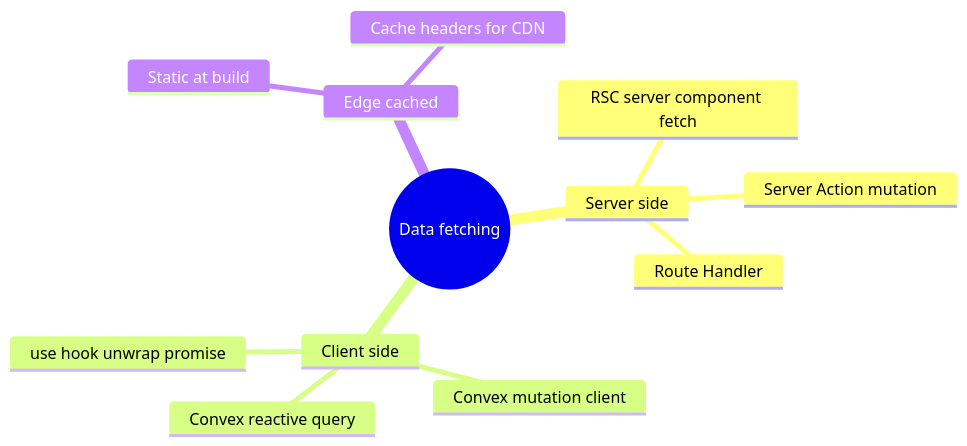
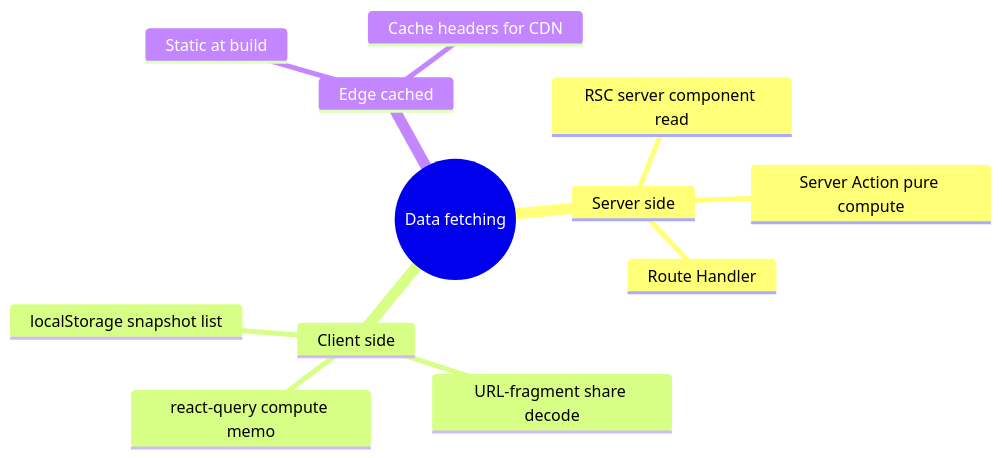
One commit to 1qh/sim-doc changed the diagram in DATA-FETCHING.md. Above: the diagram before and after it, drawn with Mermaid. The commit also changed other lines of this file and 70 other files, not shown here.

First line of the commit message:
docs: pure client-only app — no auth, no server persistence

````diff
--- a/DATA-FETCHING.md
+++ b/DATA-FETCHING.md
@@ -7,15 +7,15 @@
 ```mermaid
 mindmap
   root((Data fetching))
     Server side
-      RSC server component fetch
-      Server Action mutation
+      RSC server component read
+      Server Action pure compute
       Route Handler
     Client side
-      Convex reactive query
-      Convex mutation client
-      use hook unwrap promise
+      localStorage snapshot list
+      URL-fragment share decode
+      react-query compute memo
     Edge cached
       Static at build
       Cache headers for CDN
 ```
````
